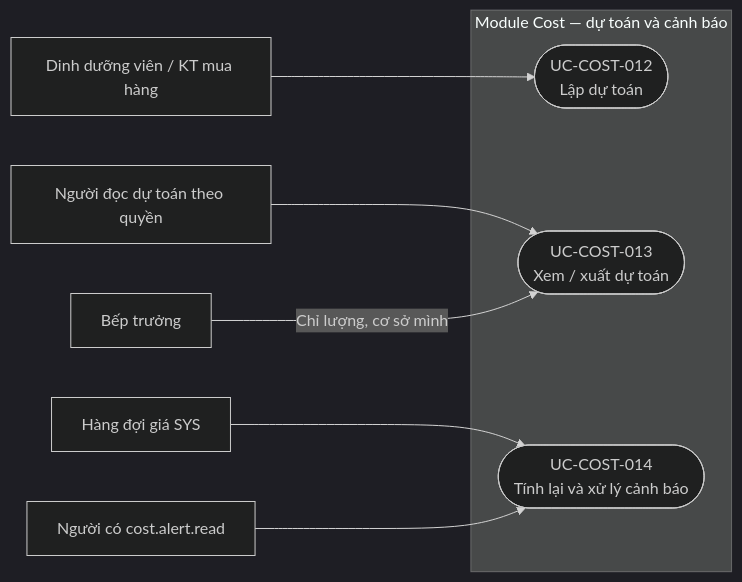
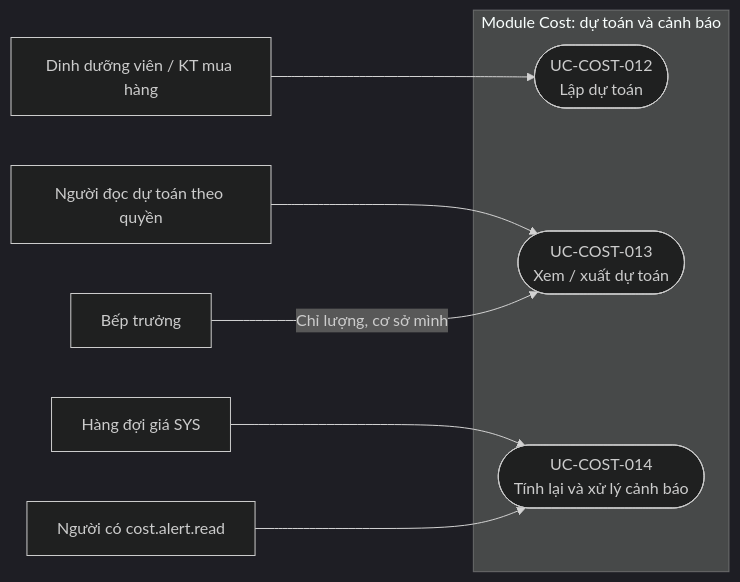
One commit to 18lonely/Gia_Phat_Catering changed the third of 3 diagrams in docs/cost/srs/usecase-diagram.md. Above: the diagram before and after it, drawn with Mermaid (dark theme). The commit also changed other lines of this file and 568 other files, not shown here.

````diff
--- a/docs/cost/srs/usecase-diagram.md
+++ b/docs/cost/srs/usecase-diagram.md
@@ -100,18 +100,18 @@
 ```mermaid
 flowchart LR
  WR["Dinh dưỡng viên / KT mua hàng"]
  RD["Người đọc dự toán theo quyền"]
  CHEF["Bếp trưởng"]
  JOB["Hàng đợi giá SYS"]
  ALERT["Người có cost.alert.read"]
- subgraph COST["Module Cost — dự toán và cảnh báo"]
+ subgraph COST["Module Cost: dự toán và cảnh báo"]
   U12(["UC-COST-012<br/>Lập dự toán"])
   U13(["UC-COST-013<br/>Xem / xuất dự toán"])
   U14(["UC-COST-014<br/>Tính lại và xử lý cảnh báo"])
  end
  WR --> U12
  RD --> U13
  CHEF -->|"Chỉ lượng, cơ sở mình"| U13
  JOB --> U14
  ALERT --> U14
 ```
````
